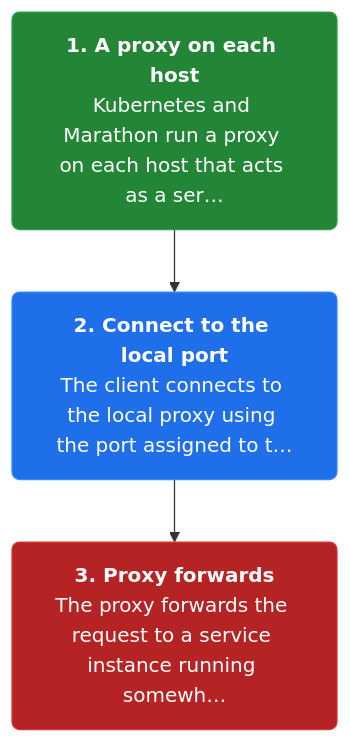
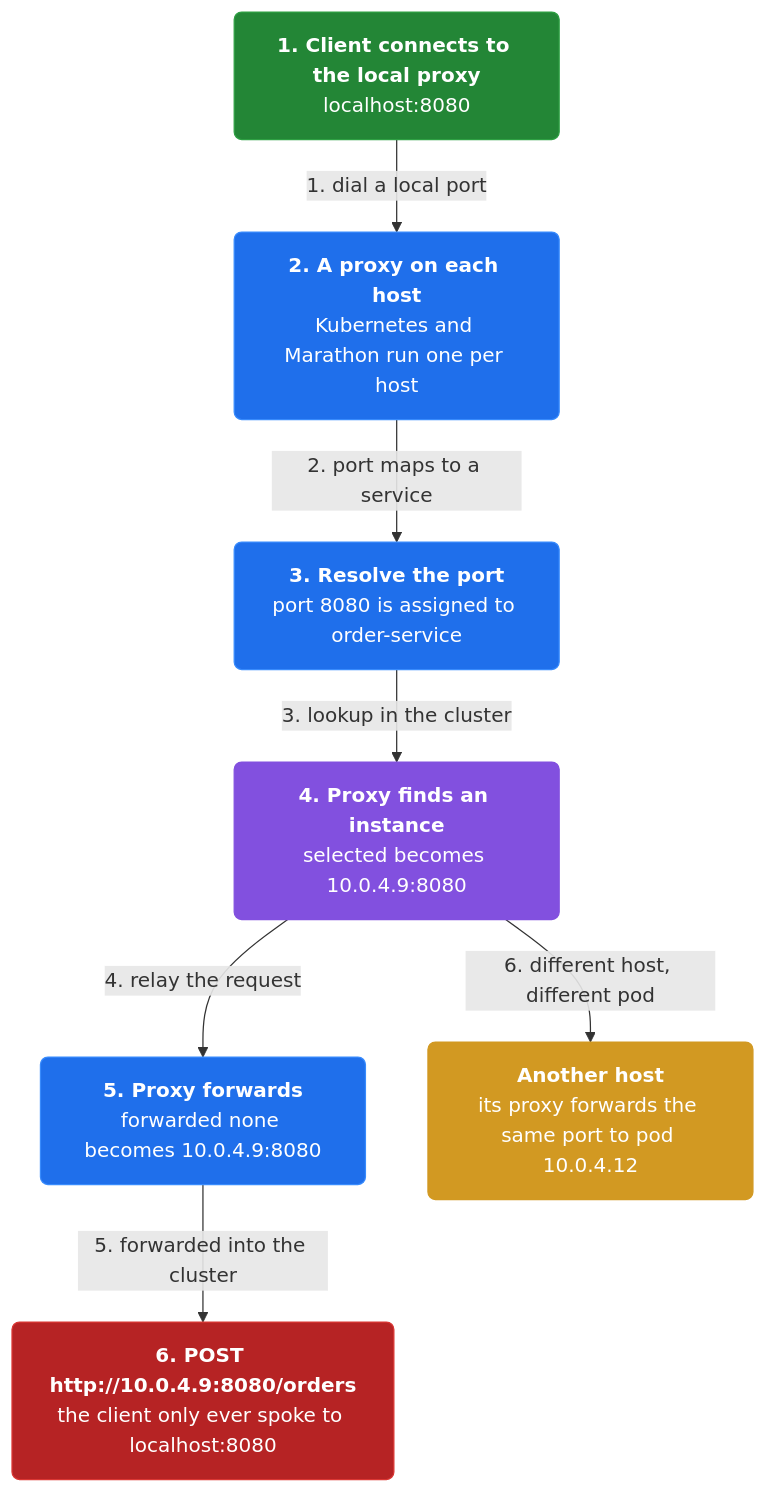
The third of 4 diagrams in docs/ch11-server-side-discovery.md (vinayakuber/microservices-io-study-guide), drawn with Mermaid before and after one commit. The commit also changed other lines of this file and 46 other files, not shown here.

First line of the commit message:
Author rich branching flow diagrams for all 44 chapters

````diff
--- a/docs/ch11-server-side-discovery.md
+++ b/docs/ch11-server-side-discovery.md
@@ -97,11 +117,21 @@
 ```mermaid
 flowchart TD
-  classDef step fill:#1f6feb,color:#ffffff,stroke:#388bfd,stroke-width:1px,rx:6
+  classDef step fill:#1f6feb,color:#ffffff,stroke:#388bfd,rx:6
+  classDef core fill:#8250df,color:#ffffff,stroke:#8250df,rx:6
+  classDef warn fill:#d29922,color:#ffffff,stroke:#d29922,rx:6
   classDef start fill:#238636,color:#ffffff,stroke:#2ea043,rx:6
   classDef stop fill:#b62324,color:#ffffff,stroke:#da3633,rx:6
-  s2n0["<b>1. A proxy on each host</b><br/>Kubernetes and Marathon run a proxy on each host that acts as a ser…"]:::start
-  s2n1["<b>2. Connect to the local port</b><br/>The client connects to the local proxy using the port assigned to t…"]:::step
-  s2n2["<b>3. Proxy forwards</b><br/>The proxy forwards the request to a service instance running somewh…"]:::stop
-  s2n0 --> s2n1
-  s2n1 --> s2n2
+  n0["<b>1. Client connects to the local proxy</b><br/>localhost:8080"]:::start
+  n1["<b>2. A proxy on each host</b><br/>Kubernetes and Marathon run one per host"]:::step
+  n2["<b>3. Resolve the port</b><br/>port 8080 is assigned to order-service"]:::step
+  n3["<b>4. Proxy finds an instance</b><br/>selected becomes 10.0.4.9:8080"]:::core
+  n4["<b>5. Proxy forwards</b><br/>forwarded none becomes 10.0.4.9:8080"]:::step
+  n5["<b>6. POST http://10.0.4.9:8080/orders</b><br/>the client only ever spoke to localhost:8080"]:::stop
+  n6["<b>Another host</b><br/>its proxy forwards the same port to pod 10.0.4.12"]:::warn
+  n0 -->|"1. dial a local port"| n1
+  n1 -->|"2. port maps to a service"| n2
+  n2 -->|"3. lookup in the cluster"| n3
+  n3 -->|"4. relay the request"| n4
+  n4 -->|"5. forwarded into the cluster"| n5
+  n3 -->|"6. different host, different pod"| n6
 ```
````
